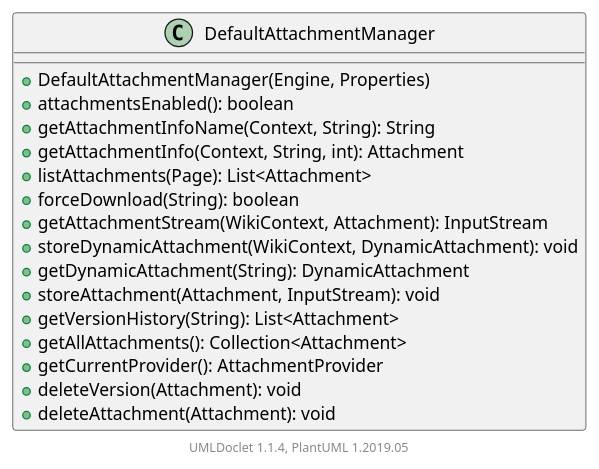
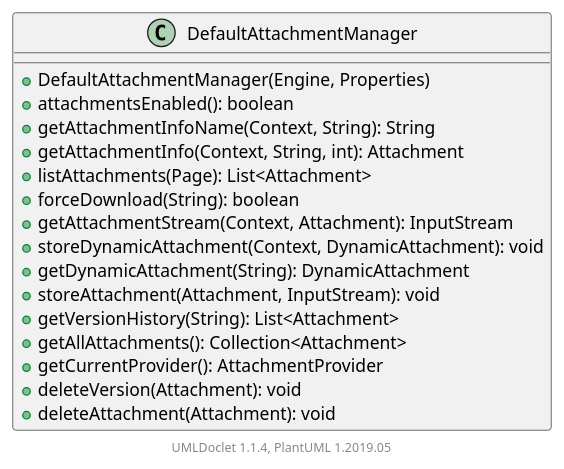
Before and after one commit to apache/jspwiki-site: the diagram in apidocs/2.11.0.M7-SNAPSHOT/org/apache/wiki/attachment/DefaultAttachmentManager.puml, drawn with PlantUML. The commit also changed 1821 other files, not shown here.

```diff
--- a/apidocs/2.11.0.M7-SNAPSHOT/org/apache/wiki/attachment/DefaultAttachmentManager.puml
+++ b/apidocs/2.11.0.M7-SNAPSHOT/org/apache/wiki/attachment/DefaultAttachmentManager.puml
@@ -1,23 +1,23 @@
 @startuml
 
     class DefaultAttachmentManager [[DefaultAttachmentManager.html]] {
         +DefaultAttachmentManager(Engine, Properties)
         +attachmentsEnabled(): boolean
         +getAttachmentInfoName(Context, String): String
         +getAttachmentInfo(Context, String, int): Attachment
         +listAttachments(Page): List<Attachment>
         +forceDownload(String): boolean
-        +getAttachmentStream(WikiContext, Attachment): InputStream
-        +storeDynamicAttachment(WikiContext, DynamicAttachment): void
+        +getAttachmentStream(Context, Attachment): InputStream
+        +storeDynamicAttachment(Context, DynamicAttachment): void
         +getDynamicAttachment(String): DynamicAttachment
         +storeAttachment(Attachment, InputStream): void
         +getVersionHistory(String): List<Attachment>
         +getAllAttachments(): Collection<Attachment>
         +getCurrentProvider(): AttachmentProvider
         +deleteVersion(Attachment): void
         +deleteAttachment(Attachment): void
     }
 
 
     center footer UMLDoclet 1.1.4, PlantUML 1.2019.05
 @enduml
```
